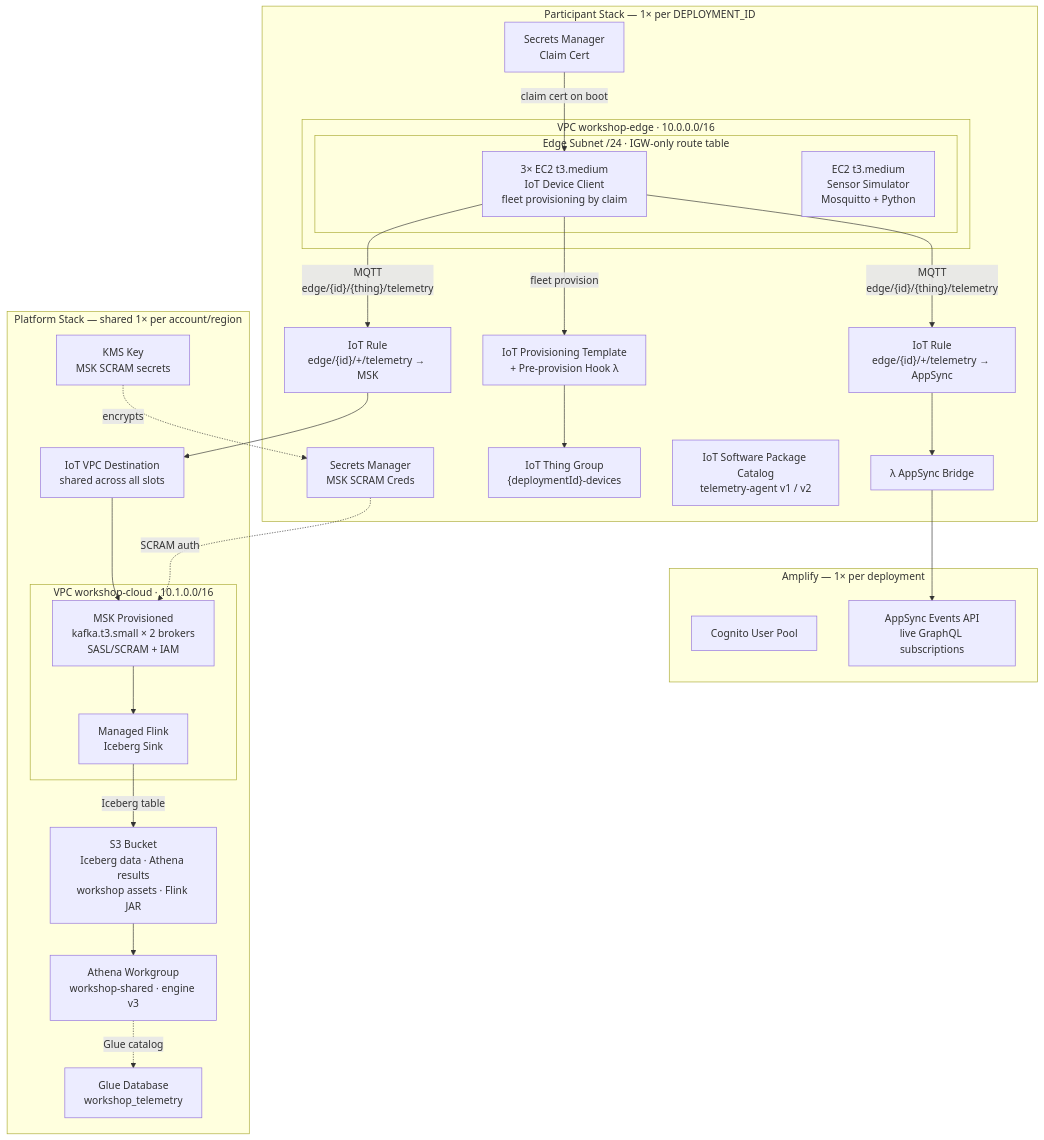
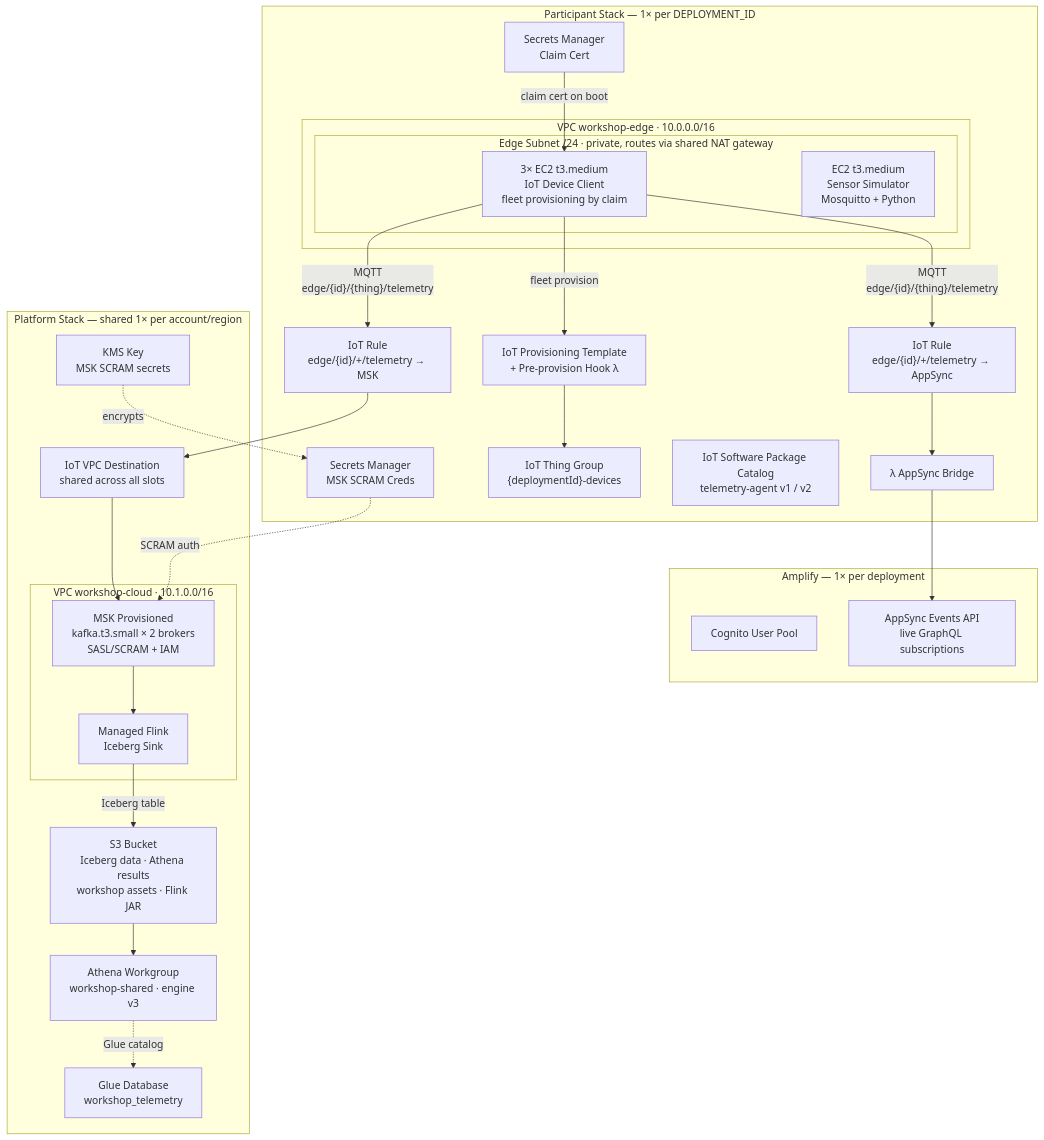
One commit to aws-samples/sample-edge-to-cloud-digital-ops-workshop changed the diagram in workshop/00-prerequisites/index.md. Above: the diagram before and after it, drawn with Mermaid. The commit also changed other lines of this file and 6 other files, not shown here.

First line of the commit message:
Move edge EC2 instances into private subnets behind a shared NAT gateway

````diff
--- a/workshop/00-prerequisites/index.md
+++ b/workshop/00-prerequisites/index.md
@@ -18,49 +18,49 @@
 ```mermaid
 flowchart TB
     subgraph participant["Participant Stack — 1× per DEPLOYMENT_ID"]
         subgraph edge_vpc["VPC workshop-edge · 10.0.0.0/16"]
-            subgraph edge_subnet["Edge Subnet /24 · IGW-only route table"]
+            subgraph edge_subnet["Edge Subnet /24 · private, routes via shared NAT gateway"]
                 devices["3× EC2 t3.medium\nIoT Device Client\nfleet provisioning by claim"]
                 sim["EC2 t3.medium\nSensor Simulator\nMosquitto + Python"]
             end
         end
         claim_secret["Secrets Manager\nClaim Cert"]
         msk_secret["Secrets Manager\nMSK SCRAM Creds"]
         iot_template["IoT Provisioning Template\n+ Pre-provision Hook λ"]
         iot_group["IoT Thing Group\n{deploymentId}-devices"]
         iot_pkg["IoT Software Package Catalog\ntelemetry-agent v1 / v2"]
         rule_appsync["IoT Rule\nedge/{id}/+/telemetry → AppSync"]
         rule_msk["IoT Rule\nedge/{id}/+/telemetry → MSK"]
         bridge_fn["λ AppSync Bridge"]
     end
 
     subgraph amplify["Amplify — 1× per deployment"]
         cognito["Cognito User Pool"]
         appsync["AppSync Events API\nlive GraphQL subscriptions"]
     end
 
     subgraph platform["Platform Stack — shared 1× per account/region"]
         subgraph cloud_vpc["VPC workshop-cloud · 10.1.0.0/16"]
             msk["MSK Provisioned\nkafka.t3.small × 2 brokers\nSASL/SCRAM + IAM"]
             flink["Managed Flink\nIceberg Sink"]
         end
         iot_vpc_dest["IoT VPC Destination\nshared across all slots"]
         s3["S3 Bucket\nIceberg data · Athena results\nworkshop assets · Flink JAR"]
         glue["Glue Database\nworkshop_telemetry"]
         athena["Athena Workgroup\nworkshop-shared · engine v3"]
         kms["KMS Key\nMSK SCRAM secrets"]
     end
 
     claim_secret -->|"claim cert on boot"| devices
     devices -->|"MQTT\nedge/{id}/{thing}/telemetry"| rule_appsync
     devices -->|"MQTT\nedge/{id}/{thing}/telemetry"| rule_msk
     devices -->|"fleet provision"| iot_template
     iot_template --> iot_group
     rule_appsync --> bridge_fn --> appsync
     rule_msk --> iot_vpc_dest --> msk --> flink
     flink -->|"Iceberg table"| s3
     s3 --> athena
     athena -.->|"Glue catalog"| glue
     kms -.->|"encrypts"| msk_secret
     msk_secret -.->|"SCRAM auth"| msk
 ```
````
